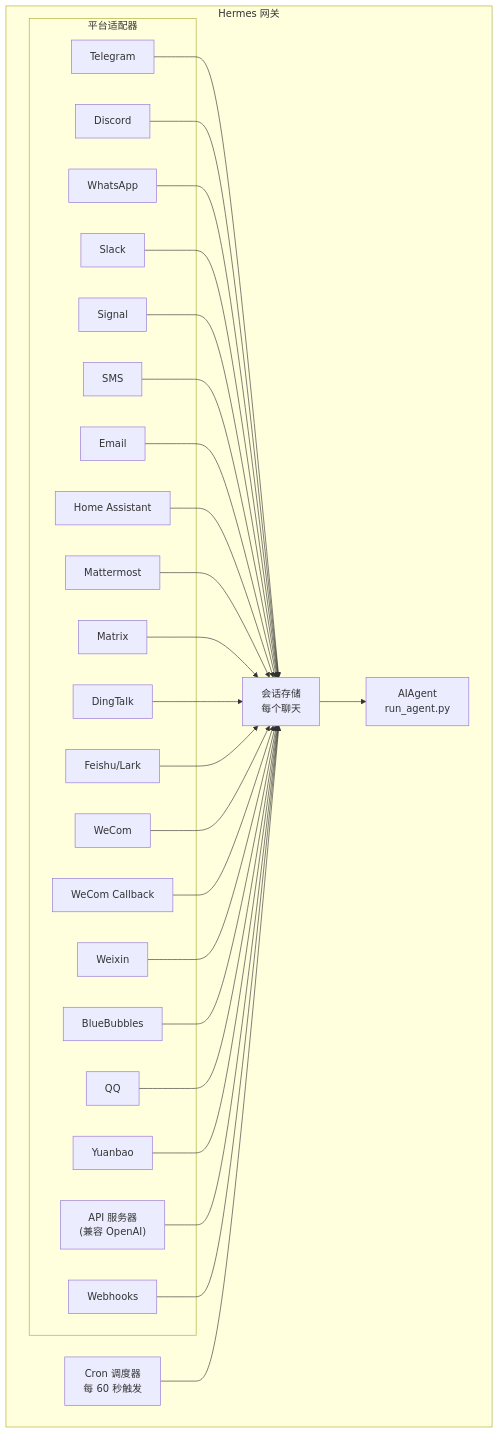
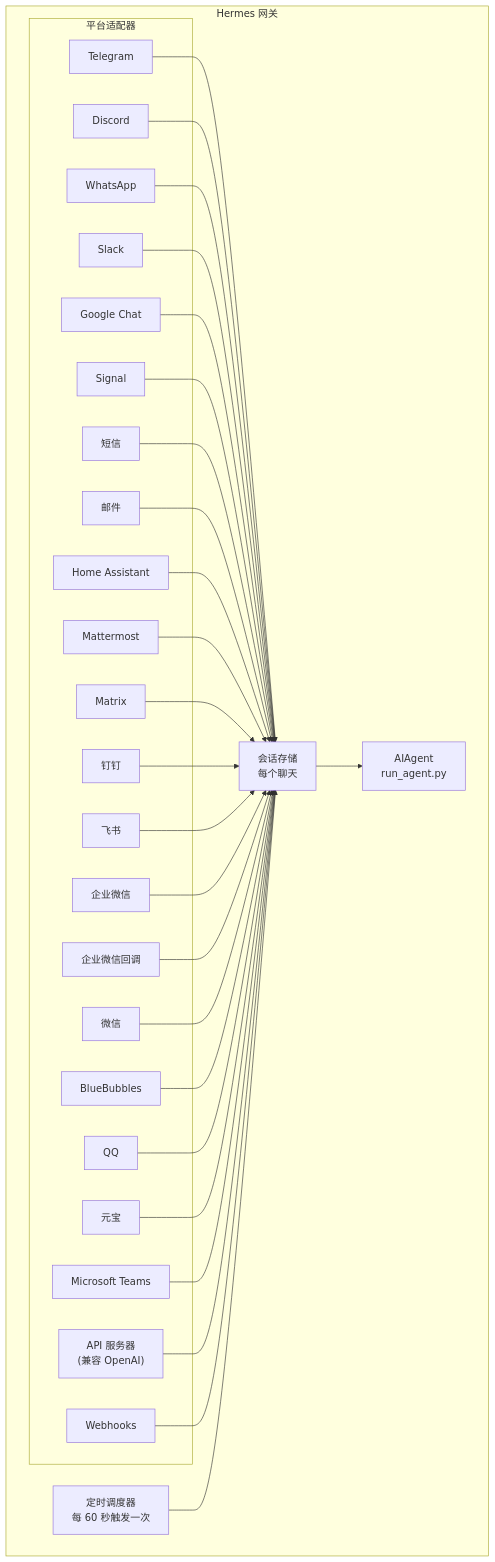
The diagram in site/docs/user-guide/messaging/index.md (dracohu2025-cloud/hermes-agent), drawn with Mermaid before and after one commit. The commit also changed other lines of this file and 597 other files, not shown here.

````diff
--- a/site/docs/user-guide/messaging/index.md
+++ b/site/docs/user-guide/messaging/index.md
@@ -40,54 +46,58 @@
 ```mermaid
 flowchart TB
     subgraph Gateway["Hermes 网关"]
         subgraph Adapters["平台适配器"]
             tg[Telegram]
             dc[Discord]
             wa[WhatsApp]
             sl[Slack]
+            gc[Google Chat]
             sig[Signal]
-            sms[SMS]
-            em[Email]
+            sms[短信]
+            em[邮件]
             ha[Home Assistant]
             mm[Mattermost]
             mx[Matrix]
-            dt[DingTalk]
-    fs[Feishu/Lark]
-    wc[WeCom]
-    wcb[WeCom Callback]
-    wx[Weixin]
+            dt[钉钉]
+    fs[飞书]
+    wc[企业微信]
+    wcb[企业微信回调]
+    wx[微信]
     bb[BlueBubbles]
     qq[QQ]
-    yb[Yuanbao]
-            api["API 服务器<br/>(兼容 OpenAI)"]
-            wh[Webhooks]
+    yb[元宝]
+    ms[Microsoft Teams]
+    api["API 服务器<br/>(兼容 OpenAI)"]
+    wh[Webhooks]
         end
 
         store["会话存储<br/>每个聊天"]
         agent["AIAgent<br/>run_agent.py"]
-        cron["Cron 调度器<br/>每 60 秒触发"]
+        cron["定时调度器<br/>每 60 秒触发一次"]
     end
 
     tg --> store
     dc --> store
     wa --> store
     sl --> store
+    gc --> store
     sig --> store
     sms --> store
     em --> store
     ha --> store
     mm --> store
     mx --> store
     dt --> store
     fs --> store
     wc --> store
     wcb --> store
     wx --> store
     bb --> store
     qq --> store
     yb --> store
+    ms --> store
     api --> store
     wh --> store
     store --> agent
     cron --> store
 ```
````
